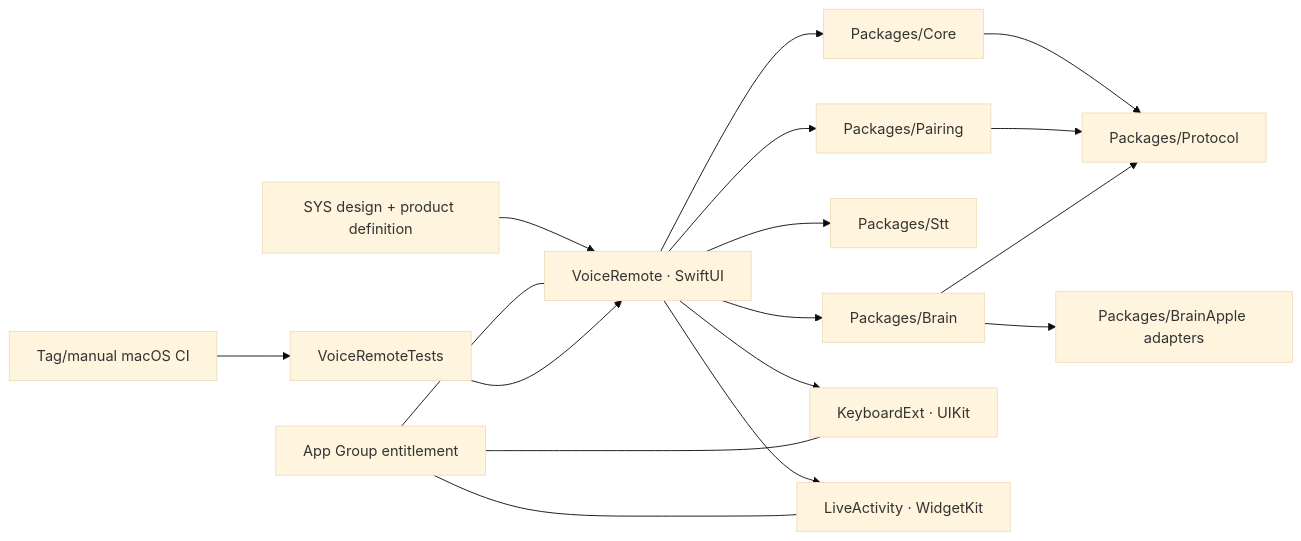
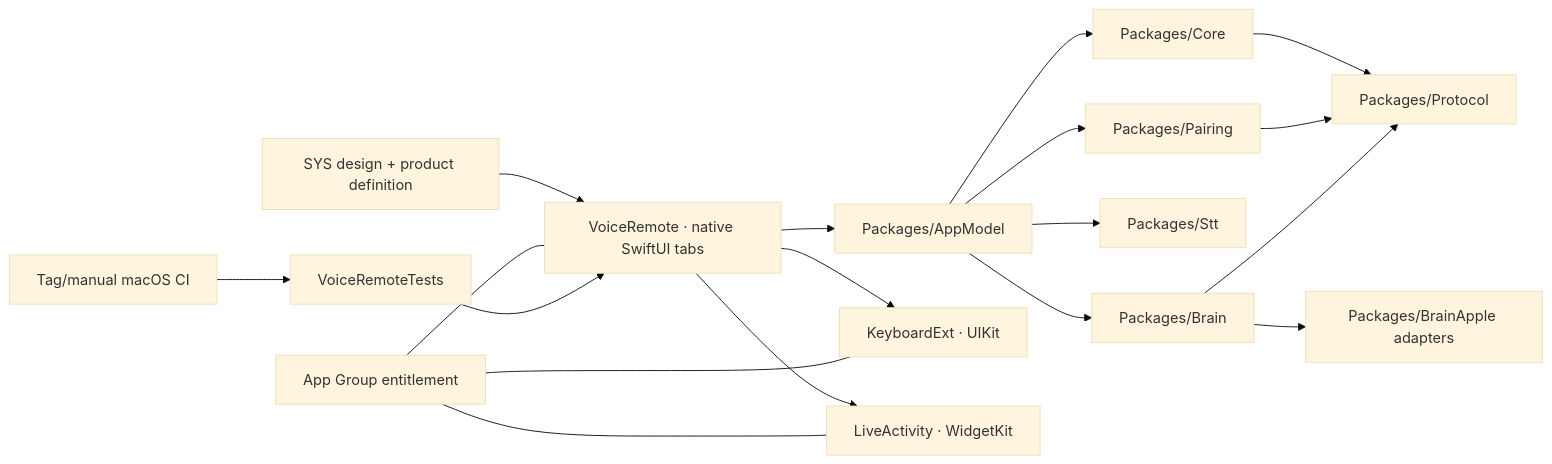
One commit to Harwasch/voiceremote changed the diagram in SW/ios/README.md. Above: the diagram before and after it, drawn with Mermaid (base theme). The commit also changed other lines of this file and 45 other files, not shown here.

Commit message:
SW: iPhone app screens, audio and remote link

````diff
--- a/SW/ios/README.md
+++ b/SW/ios/README.md
@@ -1,11 +1,12 @@
 ```mermaid
 flowchart LR
-  SYS[SYS design + product definition] --> App[VoiceRemote · SwiftUI]
-  App --> Core[Packages/Core] & Pairing[Packages/Pairing] & Stt[Packages/Stt] & Brain[Packages/Brain]
+  SYS[SYS design + product definition] --> App[VoiceRemote · native SwiftUI tabs]
+  App --> AppModel[Packages/AppModel]
+  AppModel --> Core[Packages/Core] & Pairing[Packages/Pairing] & Stt[Packages/Stt] & Brain[Packages/Brain]
   Core & Pairing --> Protocol[Packages/Protocol]
   Brain --> BrainApple[Packages/BrainApple adapters] & Protocol
   App --> Keyboard[KeyboardExt · UIKit] & Live[LiveActivity · WidgetKit]
   Group[App Group entitlement] --- App & Keyboard & Live
   Tests[VoiceRemoteTests] --> App
   CI[Tag/manual macOS CI] --> Tests
 ```
````
